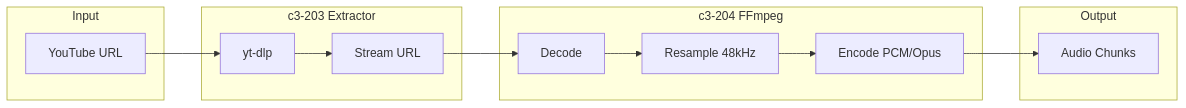
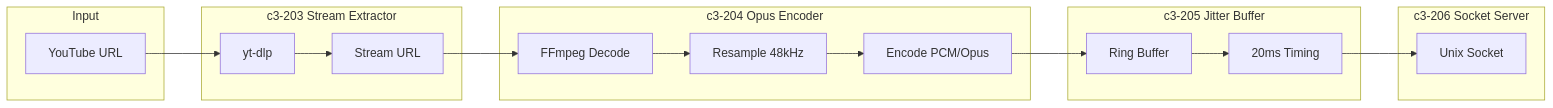
Before and after one commit to thewind121212/natashi: the fifth of 6 diagrams in .c3/c3-2-go-audio/README.md, drawn with Mermaid. The commit also changed other lines of this file and 7 other files, not shown here.

````diff
--- a/.c3/c3-2-go-audio/README.md
+++ b/.c3/c3-2-go-audio/README.md
@@ -120,23 +136,28 @@
 ```mermaid
 flowchart LR
     subgraph Input["Input"]
         URL[YouTube URL]
     end
 
-    subgraph c3_203["c3-203 Extractor"]
+    subgraph c3_203["c3-203 Stream Extractor"]
         YTDLP[yt-dlp]
         STREAM[Stream URL]
     end
 
-    subgraph c3_204["c3-204 FFmpeg"]
-        DECODE[Decode]
+    subgraph c3_204["c3-204 Opus Encoder"]
+        DECODE[FFmpeg Decode]
         RESAMPLE[Resample 48kHz]
         ENCODE[Encode PCM/Opus]
     end
 
-    subgraph Output["Output"]
-        CHUNKS[Audio Chunks]
+    subgraph c3_205["c3-205 Jitter Buffer"]
+        BUFFER[Ring Buffer]
+        TIMING[20ms Timing]
     end
 
-    URL --> YTDLP --> STREAM --> DECODE --> RESAMPLE --> ENCODE --> CHUNKS
+    subgraph c3_206["c3-206 Socket Server"]
+        OUTPUT[Unix Socket]
+    end
+
+    URL --> YTDLP --> STREAM --> DECODE --> RESAMPLE --> ENCODE --> BUFFER --> TIMING --> OUTPUT
 ```
````
